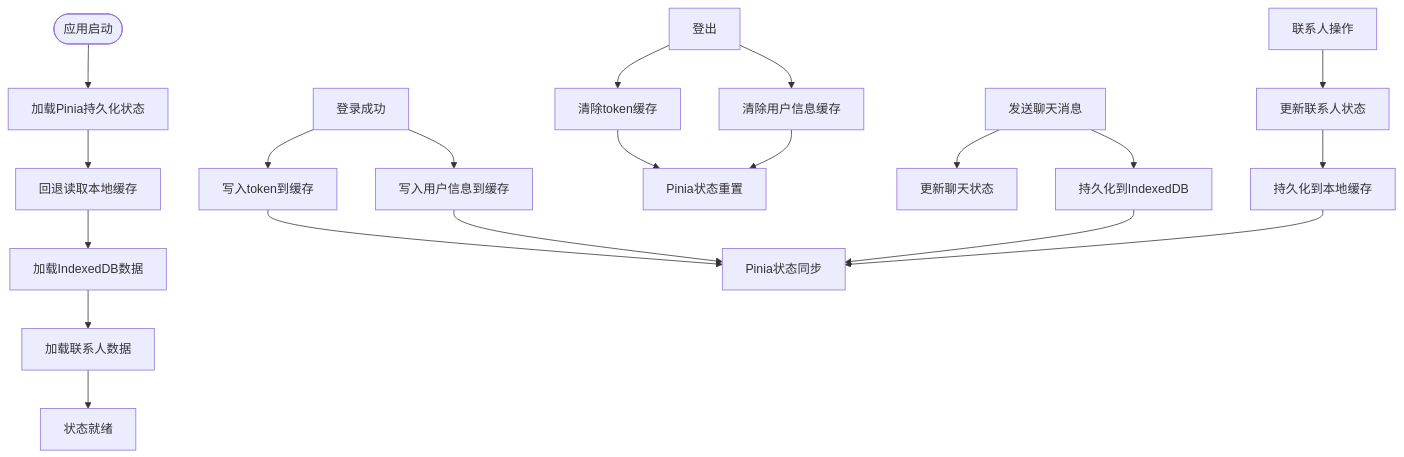
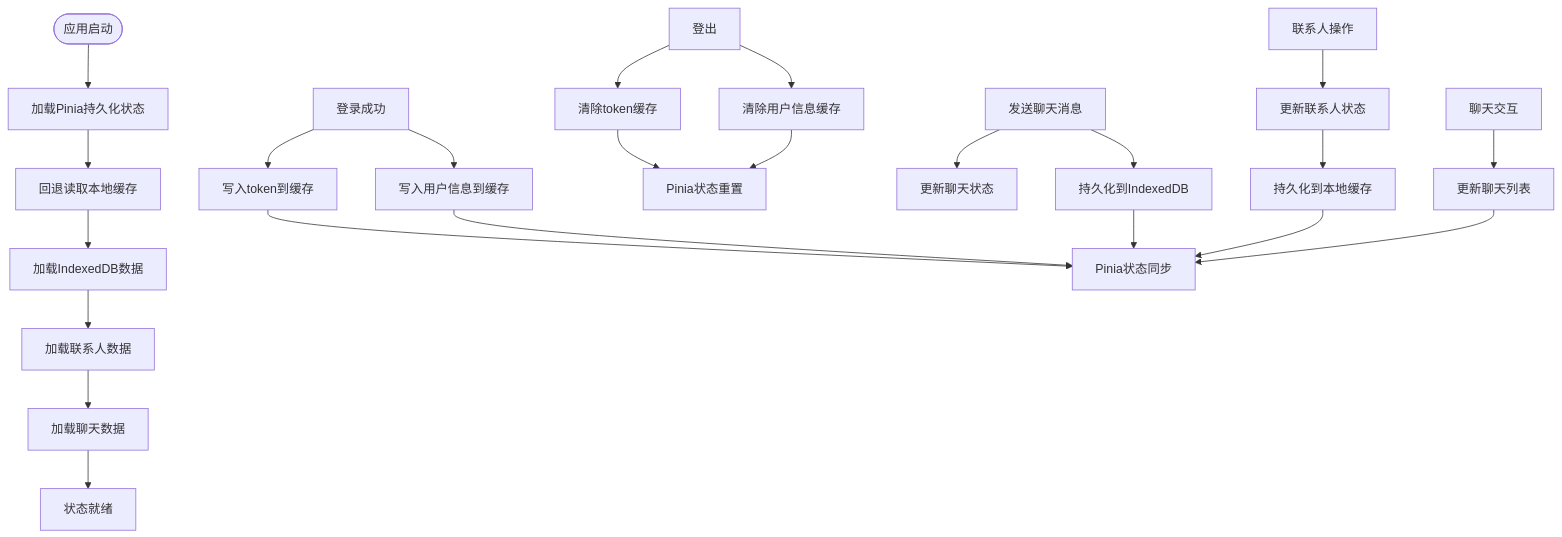
Before and after one commit to giserman001/vue3-vant4-mobile: the tenth of 11 diagrams in .qoder/repowiki/zh/content/核心系统/状态管理系统/状态管理系统.md, drawn with Mermaid. The commit also changed other lines of this file and 13 other files, not shown here.

````diff
--- a/.qoder/repowiki/zh/content/核心系统/状态管理系统/状态管理系统.md
+++ b/.qoder/repowiki/zh/content/核心系统/状态管理系统/状态管理系统.md
@@ -568,22 +615,25 @@
 ```mermaid
 flowchart TD
 Init(["应用启动"]) --> LoadPinia["加载Pinia持久化状态"]
 LoadPinia --> LoadCache["回退读取本地缓存"]
 LoadCache --> LoadIndexedDB["加载IndexedDB数据"]
 LoadIndexedDB --> LoadContactData["加载联系人数据"]
-LoadContactData --> Ready["状态就绪"]
+LoadContactData --> LoadChatData["加载聊天数据"]
+LoadChatData --> Ready["状态就绪"]
 Login["登录成功"] --> WriteToken["写入token到缓存"]
 Login --> WriteUser["写入用户信息到缓存"]
 WriteToken --> Sync["Pinia状态同步"]
 WriteUser --> Sync
 Logout["登出"] --> ClearToken["清除token缓存"]
 Logout --> ClearUser["清除用户信息缓存"]
 ClearToken --> Reset["Pinia状态重置"]
 ClearUser --> Reset
 ChatMsg["发送聊天消息"] --> UpdateChatState["更新聊天状态"]
 ChatMsg --> PersistToIndexedDB["持久化到IndexedDB"]
 PersistToIndexedDB --> Sync
 ContactAction["联系人操作"] --> UpdateContactState["更新联系人状态"]
 UpdateContactState --> PersistToCache["持久化到本地缓存"]
 PersistToCache --> Sync
+ChatInteraction["聊天交互"] --> UpdateChatList["更新聊天列表"]
+UpdateChatList --> Sync
 ```
````
